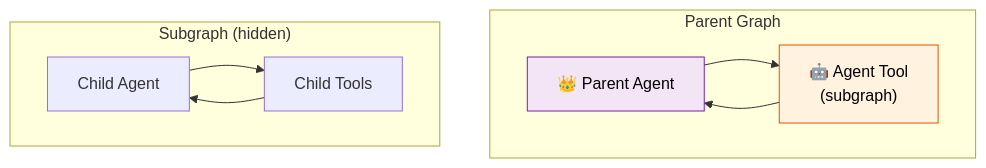
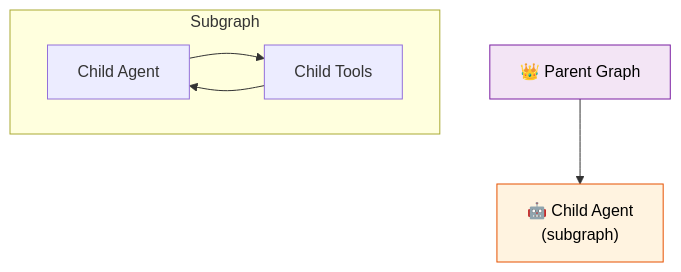
Before and after one commit to remolaan/Agentic-AI-Cookbook: the diagram in 42_nested_agent_teams_project/README.md, drawn with Mermaid. The commit also changed other lines of this file and 30 other files, not shown here.

````diff
--- a/42_nested_agent_teams_project/README.md
+++ b/42_nested_agent_teams_project/README.md
@@ -5,15 +5,10 @@
 ```mermaid
 flowchart TD
-    subgraph "Parent Graph"
-        P["👑 Parent Agent"]
-        T["🤖 Agent Tool<br/>(subgraph)"]
-        P --> T
-        T --> P
-    end
-    subgraph "Subgraph (hidden)"
-        C["Child Agent"] --> CT["Child Tools"]
-        CT --> C
+    P["👑 Parent Graph"] --> C["🤖 Child Agent<br/>(subgraph)"]
+    subgraph "Subgraph"
+        CA["Child Agent"] --> CT["Child Tools"]
+        CT --> CA
     end
     style P fill:#f3e5f5,stroke:#7b1fa2,color:#000000
-    style T fill:#fff3e0,stroke:#e65100,color:#000000
+    style C fill:#fff3e0,stroke:#e65100,color:#000000
 ```
````
